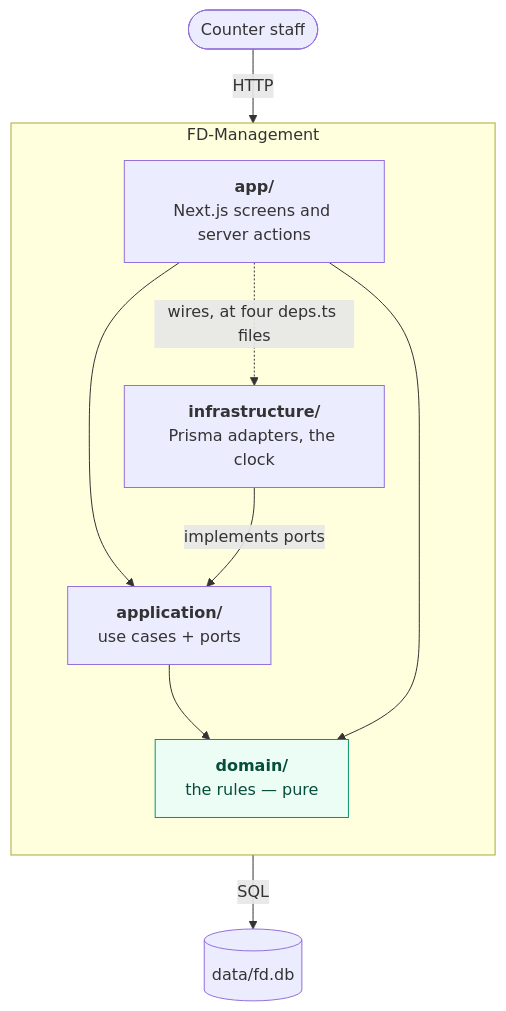
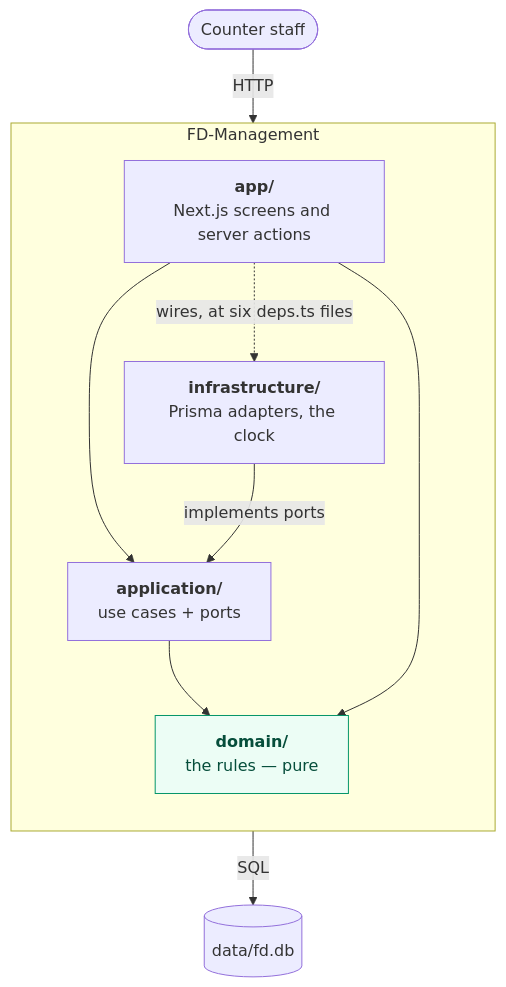
One commit to Lin0pan/FD-management changed the diagram in docs/architecture/05-building-block-view.md. Above: the diagram before and after it, drawn with Mermaid. The commit also changed other lines of this file and 32 other files, not shown here.

````diff
--- a/docs/architecture/05-building-block-view.md
+++ b/docs/architecture/05-building-block-view.md
@@ -10,25 +10,25 @@
 ```mermaid
 flowchart TB
     staff(["Counter staff"])
     db[("data/fd.db")]
 
     subgraph sys["FD-Management"]
         direction TB
         app["<b>app/</b><br/>Next.js screens and server actions"]
         infra["<b>infrastructure/</b><br/>Prisma adapters, the clock"]
         application["<b>application/</b><br/>use cases + ports"]
         domain["<b>domain/</b><br/>the rules — pure"]
 
         app --> application
-        app -. "wires, at four deps.ts files" .-> infra
+        app -. "wires, at six deps.ts files" .-> infra
         infra -- "implements ports" --> application
         application --> domain
         app --> domain
     end
 
     staff -- "HTTP" --> app
     infra -- "SQL" --> db
 
     classDef pure fill:#ecfdf5,stroke:#059669,color:#064e3b
     class domain pure
 ```
````
